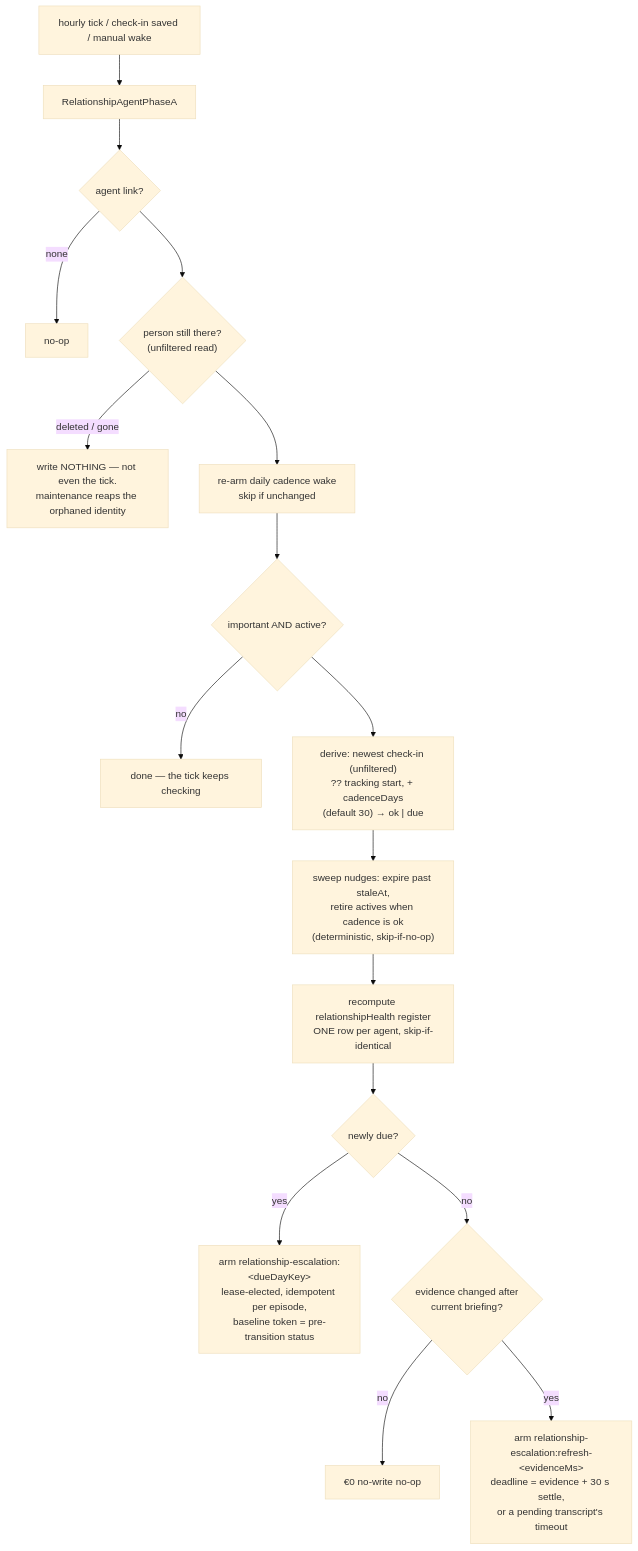
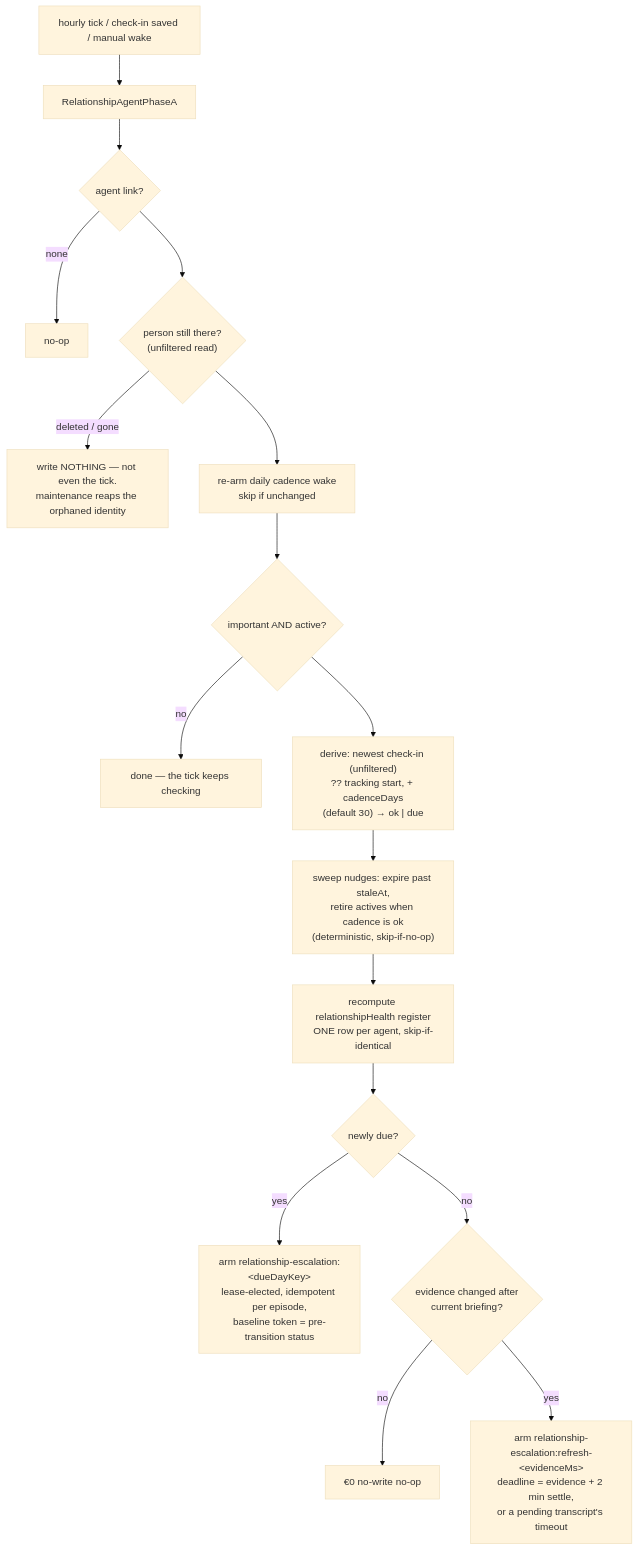
One commit to matthiasn/lotti changed the sixth of 15 diagrams in knowledge/features/relationships.md. Above: the diagram before and after it, drawn with Mermaid (base theme). The commit also changed 3 other files, not shown here.

````diff
--- a/knowledge/features/relationships.md
+++ b/knowledge/features/relationships.md
@@ -709,19 +709,19 @@
 ```mermaid
 flowchart TD
   T[hourly tick / check-in saved / manual wake] --> A[RelationshipAgentPhaseA]
   A --> L{agent link?}
   L -->|none| OK1[no-op]
   L --> G{"person still there?<br/>(unfiltered read)"}
   G -->|"deleted / gone"| STOP["write NOTHING — not even the tick.<br/>maintenance reaps the orphaned identity"]
   G --> R[re-arm daily cadence wake<br/>skip if unchanged]
   R --> E{important AND active?}
   E -->|no| OK2[done — the tick keeps checking]
   E --> D["derive: newest check-in (unfiltered)<br/>?? tracking start, + cadenceDays<br/>(default 30) → ok | due"]
   D --> SW["sweep nudges: expire past staleAt,<br/>retire actives when cadence is ok<br/>(deterministic, skip-if-no-op)"]
   SW --> REG["recompute relationshipHealth register<br/>ONE row per agent, skip-if-identical"]
   REG --> N{"newly due?"}
   N -->|yes| ESC["arm relationship-escalation:&lt;dueDayKey&gt;<br/>lease-elected, idempotent per episode,<br/>baseline token = pre-transition status"]
   N -->|no| ST{"evidence changed after<br/>current briefing?"}
   ST -->|no| OK3[€0 no-write no-op]
-  ST -->|yes| REF["arm relationship-escalation:refresh-&lt;evidenceMs&gt;<br/>deadline = evidence + 30 s settle,<br/>or a pending transcript's timeout"]
+  ST -->|yes| REF["arm relationship-escalation:refresh-&lt;evidenceMs&gt;<br/>deadline = evidence + 2 min settle,<br/>or a pending transcript's timeout"]
 ```
````
